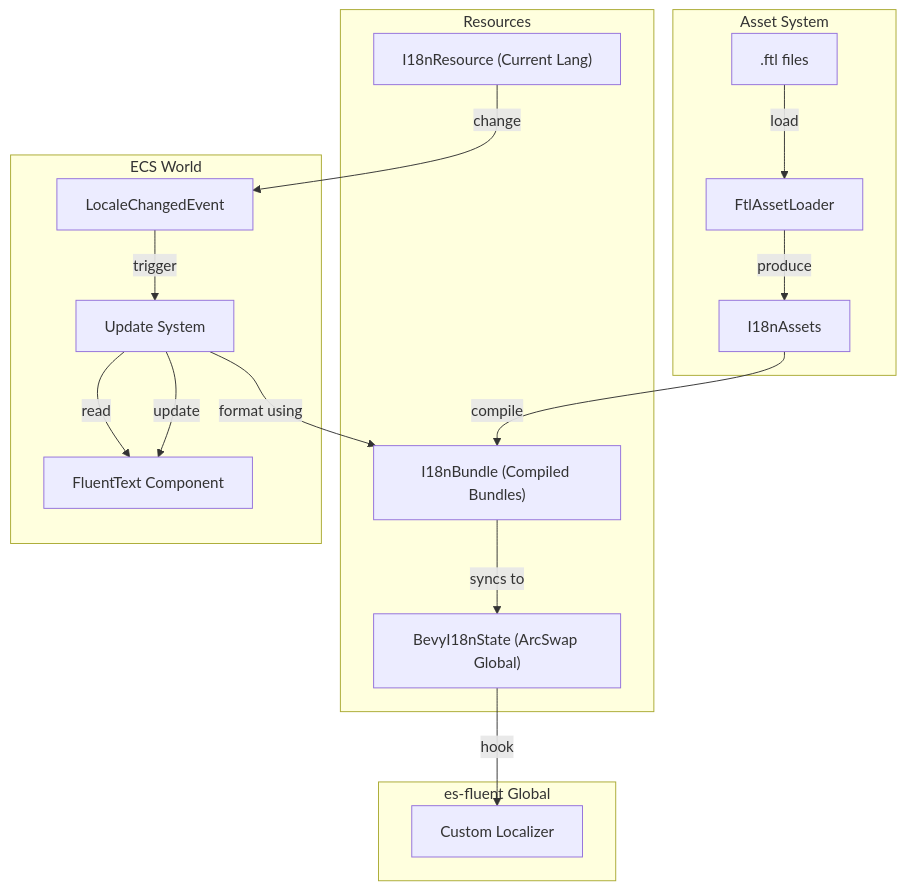
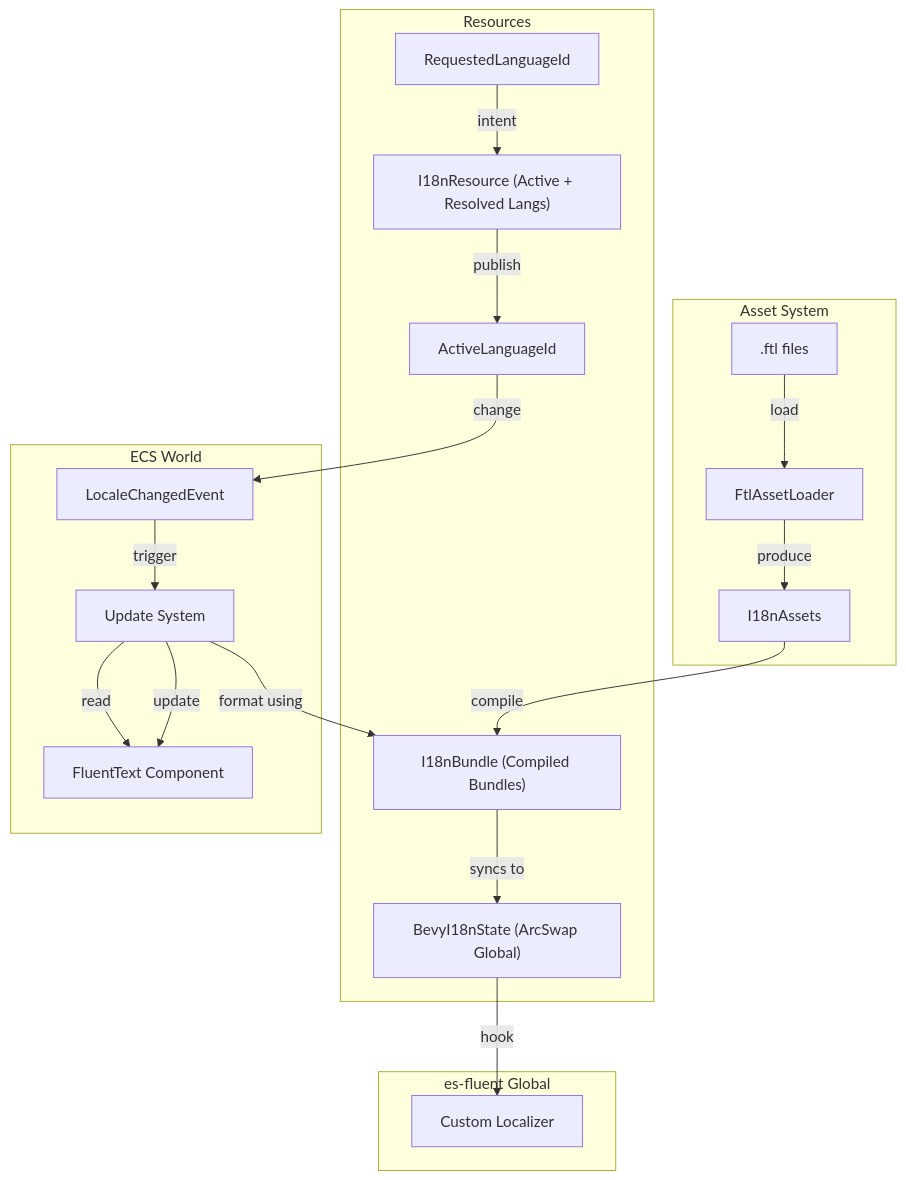
Before and after one commit to stayhydated/es-fluent: the diagram in crates/es-fluent-manager-bevy/docs/ARCHITECTURE.md, drawn with Mermaid. The commit also changed other lines of this file and 16 other files, not shown here.

````diff
--- a/crates/es-fluent-manager-bevy/docs/ARCHITECTURE.md
+++ b/crates/es-fluent-manager-bevy/docs/ARCHITECTURE.md
@@ -19,37 +19,41 @@
 ```mermaid
 flowchart TD
     subgraph ASSETS["Asset System"]
         DISK[".ftl files"]
         LOADER[FtlAssetLoader]
         STORE[I18nAssets]
     end
 
     subgraph STATE["Resources"]
-        RES["I18nResource (Current Lang)"]
+        RES["I18nResource (Active + Resolved Langs)"]
+        REQUESTED["RequestedLanguageId"]
+        ACTIVE["ActiveLanguageId"]
         BUNDLE["I18nBundle (Compiled Bundles)"]
         GLOBAL["BevyI18nState (ArcSwap Global)"]
     end
 
     subgraph ECS["ECS World"]
         COMP["FluentText Component"]
         SYS["Update System"]
         EVENT["LocaleChangedEvent"]
     end
 
     subgraph GLOBAL_CTX["es-fluent Global"]
         CUSTOM["Custom Localizer"]
     end
 
     DISK -->|load| LOADER
     LOADER -->|produce| STORE
     STORE -->|compile| BUNDLE
 
-    RES -->|change| EVENT
+    REQUESTED -->|intent| RES
+    RES -->|publish| ACTIVE
+    ACTIVE -->|change| EVENT
     EVENT -->|trigger| SYS
     SYS -->|read| COMP
     SYS -->|format using| BUNDLE
     SYS -->|update| COMP
 
     BUNDLE -->|syncs to| GLOBAL
     GLOBAL -->|hook| CUSTOM
 ```
````
